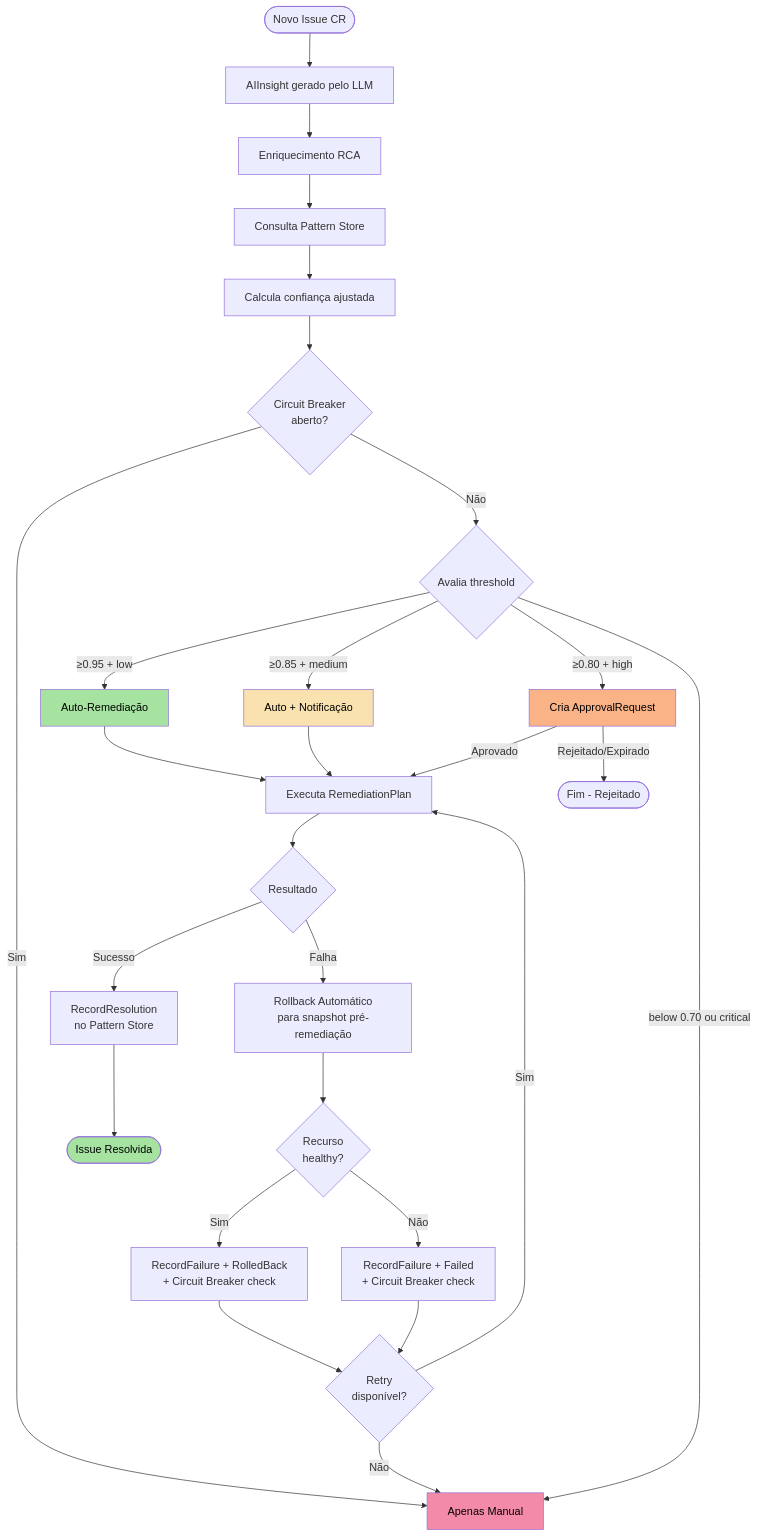
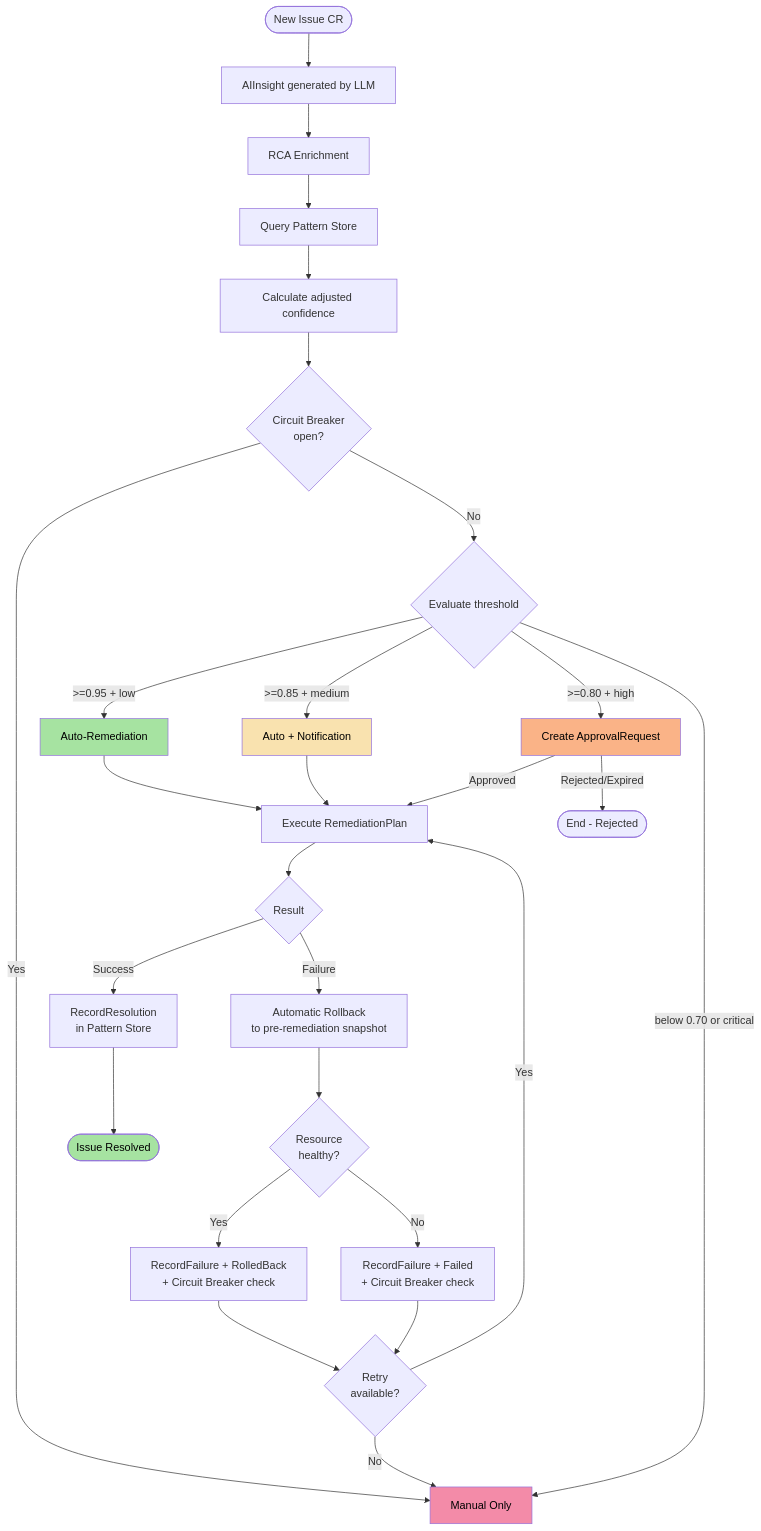
The second of 2 diagrams in features/aiops/decision-engine.mdx (diillson/chatcli.ai), drawn with Mermaid before and after one commit. The commit also changed other lines of this file and 500 other files, not shown here.

````diff
--- a/features/aiops/decision-engine.mdx
+++ b/features/aiops/decision-engine.mdx
@@ -788,40 +787,40 @@
 ```mermaid
 flowchart TD
-    START([Novo Issue CR]) --> INSIGHT[AIInsight gerado pelo LLM]
-    INSIGHT --> RCA[Enriquecimento RCA]
-    RCA --> PATTERN[Consulta Pattern Store]
-    PATTERN --> CALC[Calcula confiança ajustada]
+    START([New Issue CR]) --> INSIGHT[AIInsight generated by LLM]
+    INSIGHT --> RCA[RCA Enrichment]
+    RCA --> PATTERN[Query Pattern Store]
+    PATTERN --> CALC[Calculate adjusted confidence]
 
-    CALC --> CB{Circuit Breaker<br/>aberto?}
-    CB -->|Sim| MANUAL[Apenas Manual]
-    CB -->|Não| THRESHOLD{Avalia threshold}
+    CALC --> CB{Circuit Breaker<br/>open?}
+    CB -->|Yes| MANUAL[Manual Only]
+    CB -->|No| THRESHOLD{Evaluate threshold}
 
-    THRESHOLD -->|≥0.95 + low| AUTO[Auto-Remediação]
-    THRESHOLD -->|≥0.85 + medium| NOTIFY[Auto + Notificação]
-    THRESHOLD -->|≥0.80 + high| APPROVAL[Cria ApprovalRequest]
-    THRESHOLD -->|below 0.70 ou critical| MANUAL
+    THRESHOLD -->|>=0.95 + low| AUTO[Auto-Remediation]
+    THRESHOLD -->|>=0.85 + medium| NOTIFY[Auto + Notification]
+    THRESHOLD -->|>=0.80 + high| APPROVAL[Create ApprovalRequest]
+    THRESHOLD -->|below 0.70 or critical| MANUAL
 
-    AUTO --> EXEC[Executa RemediationPlan]
+    AUTO --> EXEC[Execute RemediationPlan]
     NOTIFY --> EXEC
-    APPROVAL -->|Aprovado| EXEC
-    APPROVAL -->|Rejeitado/Expirado| END_REJECT([Fim - Rejeitado])
+    APPROVAL -->|Approved| EXEC
+    APPROVAL -->|Rejected/Expired| END_REJECT([End - Rejected])
 
-    EXEC --> RESULT{Resultado}
-    RESULT -->|Sucesso| RECORD_OK[RecordResolution<br/>no Pattern Store]
-    RESULT -->|Falha| ROLLBACK[Rollback Automático<br/>para snapshot pré-remediação]
-    ROLLBACK --> HEALTH{Recurso<br/>healthy?}
-    HEALTH -->|Sim| RECORD_FAIL[RecordFailure + RolledBack<br/>+ Circuit Breaker check]
-    HEALTH -->|Não| RECORD_FAIL_HARD[RecordFailure + Failed<br/>+ Circuit Breaker check]
+    EXEC --> RESULT{Result}
+    RESULT -->|Success| RECORD_OK[RecordResolution<br/>in Pattern Store]
+    RESULT -->|Failure| ROLLBACK[Automatic Rollback<br/>to pre-remediation snapshot]
+    ROLLBACK --> HEALTH{Resource<br/>healthy?}
+    HEALTH -->|Yes| RECORD_FAIL[RecordFailure + RolledBack<br/>+ Circuit Breaker check]
+    HEALTH -->|No| RECORD_FAIL_HARD[RecordFailure + Failed<br/>+ Circuit Breaker check]
 
-    RECORD_OK --> END_OK([Issue Resolvida])
-    RECORD_FAIL --> RETRY{Retry<br/>disponível?}
+    RECORD_OK --> END_OK([Issue Resolved])
+    RECORD_FAIL --> RETRY{Retry<br/>available?}
     RECORD_FAIL_HARD --> RETRY
-    RETRY -->|Sim| EXEC
-    RETRY -->|Não| MANUAL
+    RETRY -->|Yes| EXEC
+    RETRY -->|No| MANUAL
 
     style AUTO fill:#a6e3a1,color:#000
     style NOTIFY fill:#f9e2af,color:#000
     style APPROVAL fill:#fab387,color:#000
     style MANUAL fill:#f38ba8,color:#000
     style END_OK fill:#a6e3a1,color:#000
 ```
````
